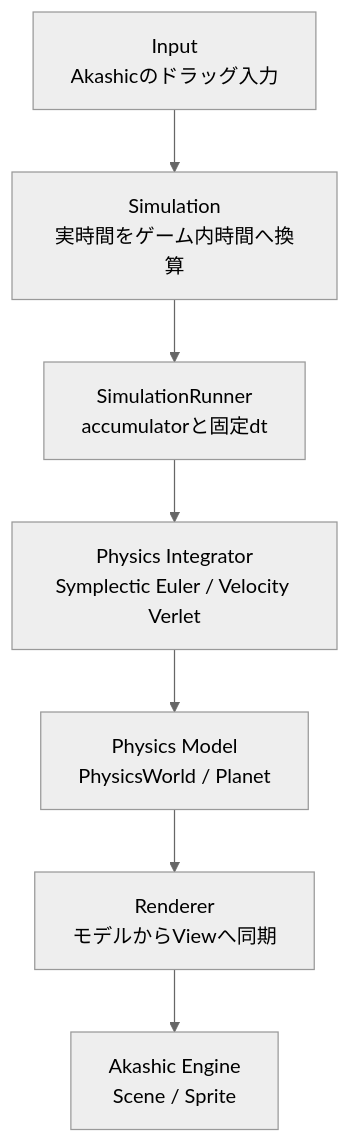
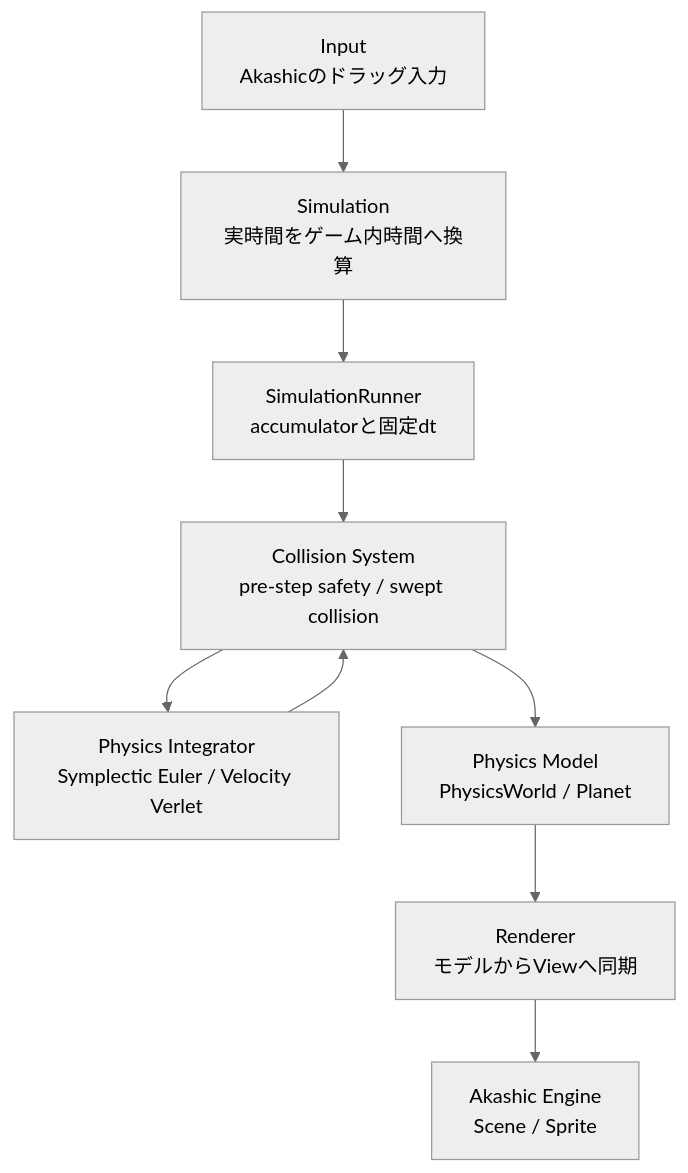
One commit to wag-k/PlanetCurling changed the diagram in docs/physics-simulation.md. Above: the diagram before and after it, drawn with Mermaid (neutral theme). The commit also changed other lines of this file and 15 other files, not shown here.

Commit message:
feat: implement physics engine, collision detection, and match management system

````diff
--- a/docs/physics-simulation.md
+++ b/docs/physics-simulation.md
@@ -5,9 +5,11 @@
 ```mermaid
 flowchart TD
     Input["Input<br/>Akashicのドラッグ入力"] --> Simulation["Simulation<br/>実時間をゲーム内時間へ換算"]
     Simulation --> Runner["SimulationRunner<br/>accumulatorと固定dt"]
-    Runner --> Integrator["Physics Integrator<br/>Symplectic Euler / Velocity Verlet"]
-    Integrator --> Model["Physics Model<br/>PhysicsWorld / Planet"]
+    Runner --> Collision["Collision System<br/>pre-step safety / swept collision"]
+    Collision --> Integrator["Physics Integrator<br/>Symplectic Euler / Velocity Verlet"]
+    Integrator --> Collision
+    Collision --> Model["Physics Model<br/>PhysicsWorld / Planet"]
     Model --> Renderer["Renderer<br/>モデルからViewへ同期"]
     Renderer --> Akashic["Akashic Engine<br/>Scene / Sprite"]
 ```
````
